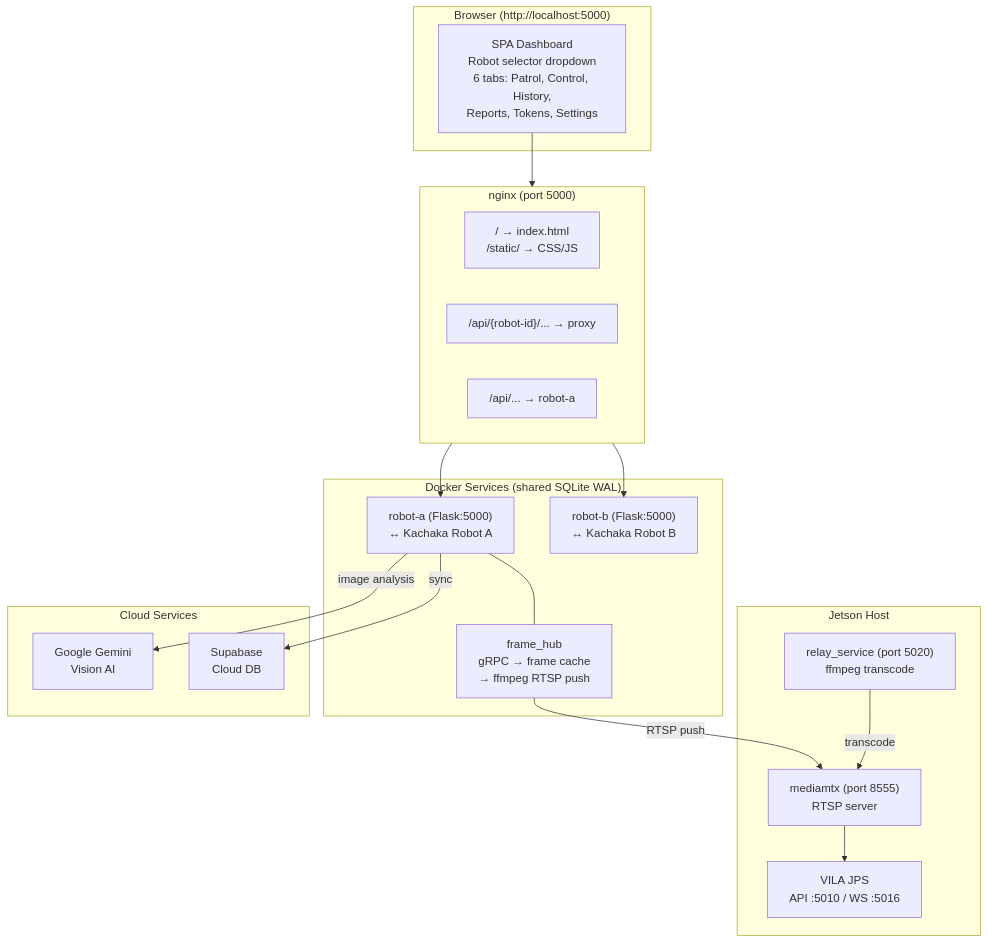
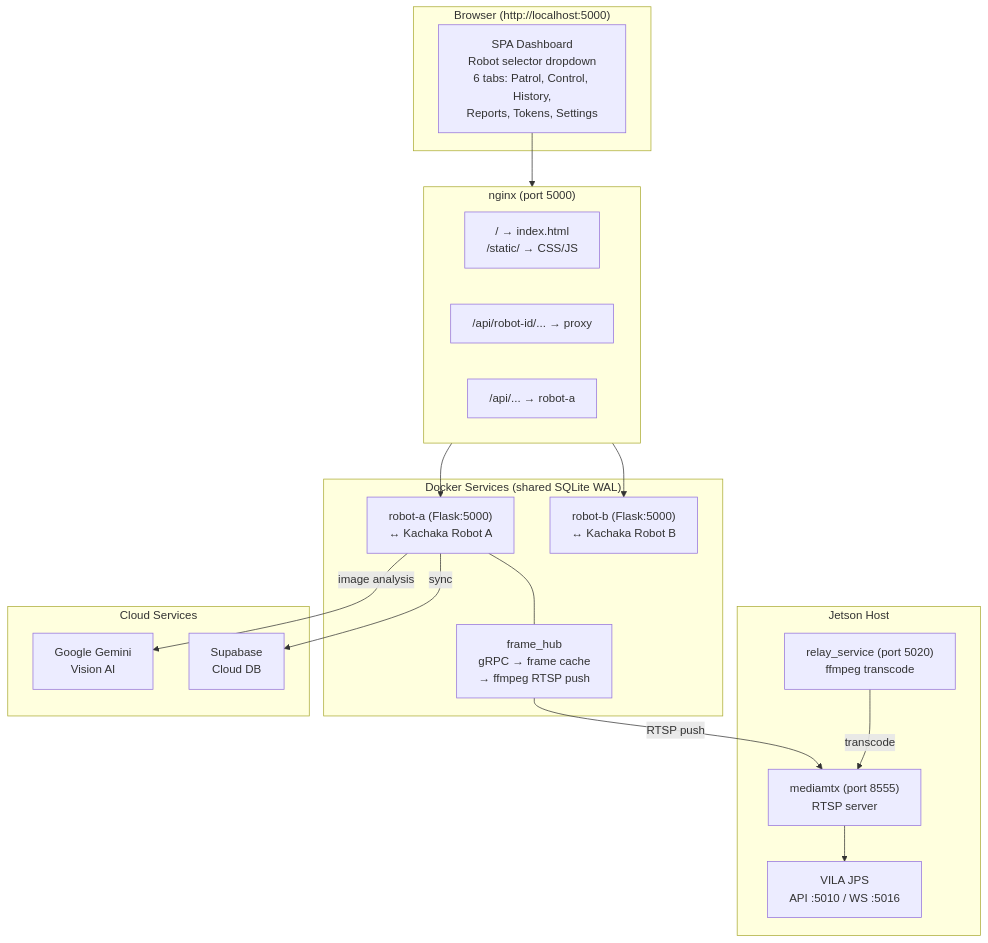
The second of 5 diagrams in README.md (sigmarobotics/visual-patrol), drawn with Mermaid before and after one commit. The commit also changed other lines of this file, not shown here.

First line of the commit message:
docs: expand README with system topology, tech stack, env vars, and DB schema

````diff
--- a/README.md
+++ b/README.md
@@ -33,39 +89,39 @@
 ```mermaid
 graph TB
     subgraph Browser["Browser (http://localhost:5000)"]
         UI["SPA Dashboard<br/>Robot selector dropdown<br/>6 tabs: Patrol, Control, History,<br/>Reports, Tokens, Settings"]
     end
 
     subgraph Nginx["nginx (port 5000)"]
         Static["/ → index.html<br/>/static/ → CSS/JS"]
-        RobotProxy["/api/{robot-id}/... → proxy"]
+        RobotProxy["/api/robot-id/... → proxy"]
         GlobalProxy["/api/... → robot-a"]
     end
 
     subgraph Backends["Docker Services (shared SQLite WAL)"]
         RobotA["robot-a (Flask:5000)<br/>↔ Kachaka Robot A"]
         RobotB["robot-b (Flask:5000)<br/>↔ Kachaka Robot B"]
         FrameHub["frame_hub<br/>gRPC → frame cache<br/>→ ffmpeg RTSP push"]
     end
 
     subgraph Jetson["Jetson Host"]
-        Relay["relay_service (port 5020)<br/>ffmpeg transcode"]
-        MediaMTX["mediamtx (port 8555)<br/>RTSP server"]
-        VILA["VILA JPS<br/>API :5010 / WS :5016"]
+        JRelay["relay_service (port 5020)<br/>ffmpeg transcode"]
+        JMediaMTX["mediamtx (port 8555)<br/>RTSP server"]
+        JVILA["VILA JPS<br/>API :5010 / WS :5016"]
     end
 
     subgraph Cloud["Cloud Services"]
-        Gemini["Google Gemini<br/>Vision AI"]
-        Supabase["Supabase<br/>Cloud DB"]
+        JGemini["Google Gemini<br/>Vision AI"]
+        JSupabase["Supabase<br/>Cloud DB"]
     end
 
     UI --> Nginx
     Nginx --> RobotA
     Nginx --> RobotB
     RobotA --- FrameHub
-    FrameHub -->|"RTSP push"| MediaMTX
-    Relay -->|"transcode"| MediaMTX
-    MediaMTX --> VILA
-    RobotA -->|"image analysis"| Gemini
-    RobotA -->|"sync"| Supabase
+    FrameHub -->|"RTSP push"| JMediaMTX
+    JRelay -->|"transcode"| JMediaMTX
+    JMediaMTX --> JVILA
+    RobotA -->|"image analysis"| JGemini
+    RobotA -->|"sync"| JSupabase
 ```
````
